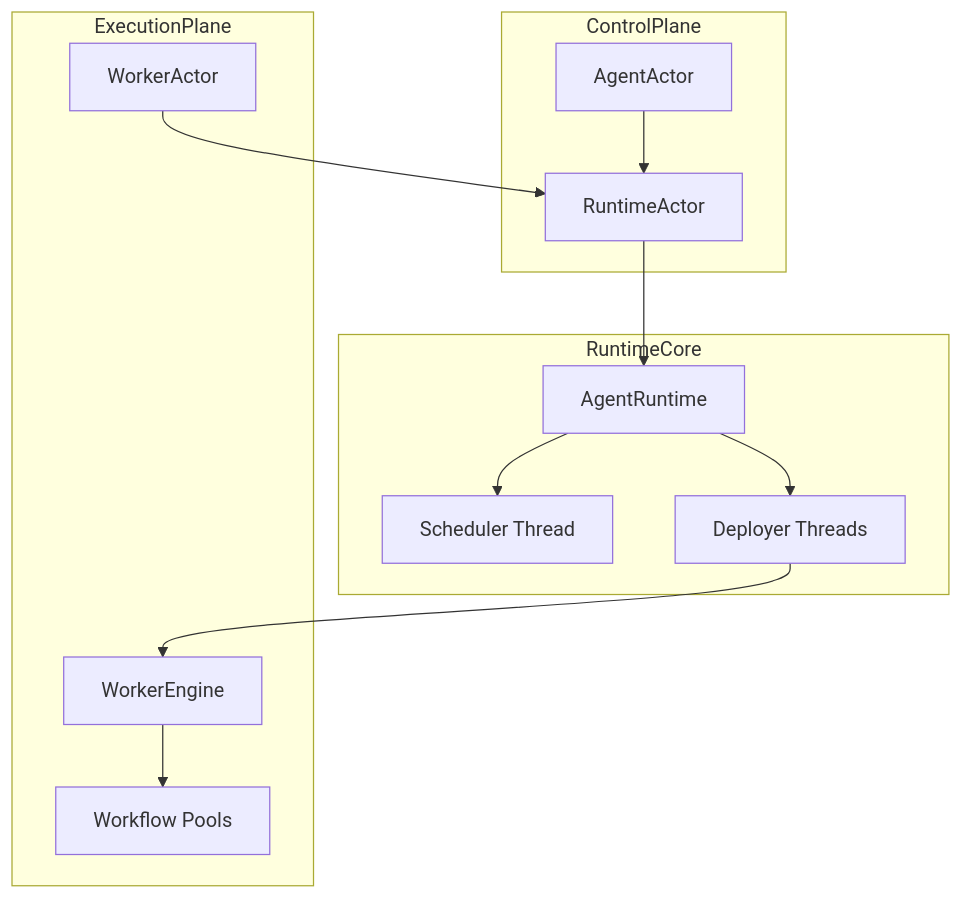
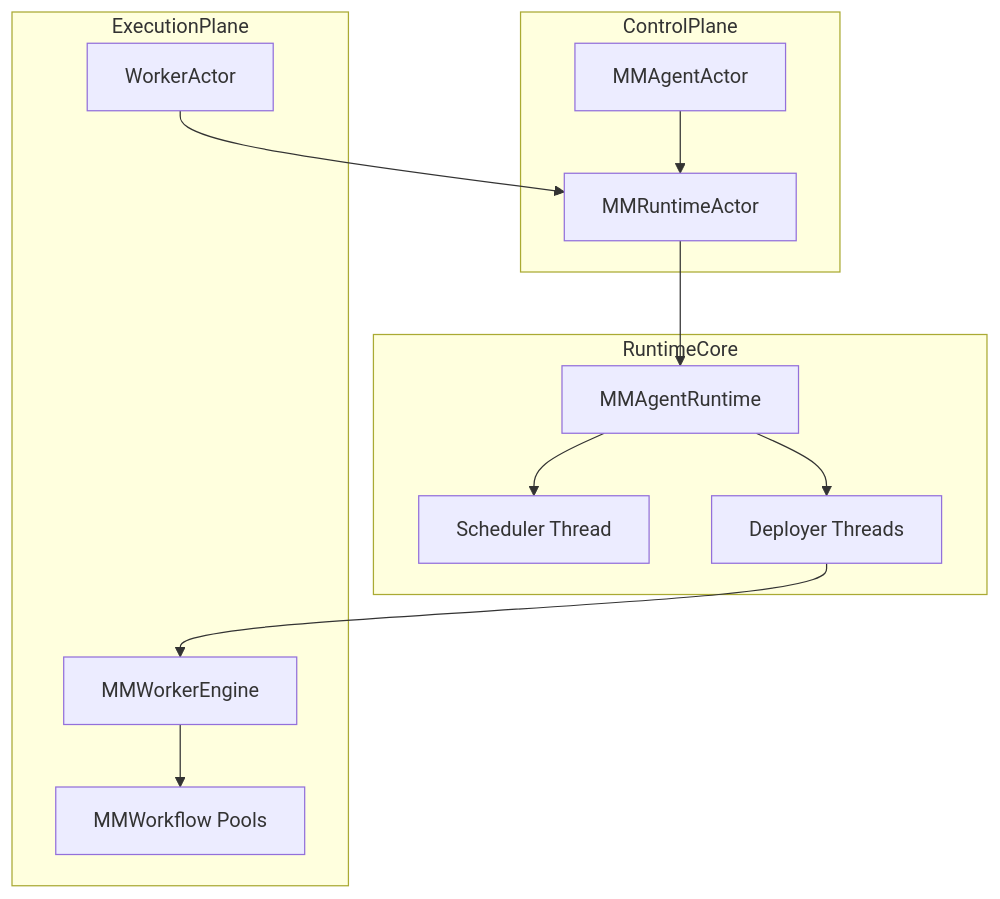
Diagram 12 of 14 in docs/ARCHITECTURE.md (xyz11274/agentf), drawn with Mermaid before and after one commit. The commit also changed other lines of this file and 106 other files, not shown here.

````diff
--- a/docs/ARCHITECTURE.md
+++ b/docs/ARCHITECTURE.md
@@ -502,27 +502,27 @@
 ```mermaid
 graph TD
     subgraph ControlPlane
-      AA[AgentActor]
-      RA[RuntimeActor]
+      AA[MMAgentActor]
+      RA[MMRuntimeActor]
     end
 
     subgraph RuntimeCore
-      AR[AgentRuntime]
+      AR[MMAgentRuntime]
       SCH[Scheduler Thread]
       DEP[Deployer Threads]
     end
 
     subgraph ExecutionPlane
       WA[WorkerActor]
-      WE[WorkerEngine]
-      WP[Workflow Pools]
+      WE[MMWorkerEngine]
+      WP[MMWorkflow Pools]
     end
 
     AA --> RA
     WA --> RA
     RA --> AR
     AR --> SCH
     AR --> DEP
     DEP --> WE
     WE --> WP
 ```
````
